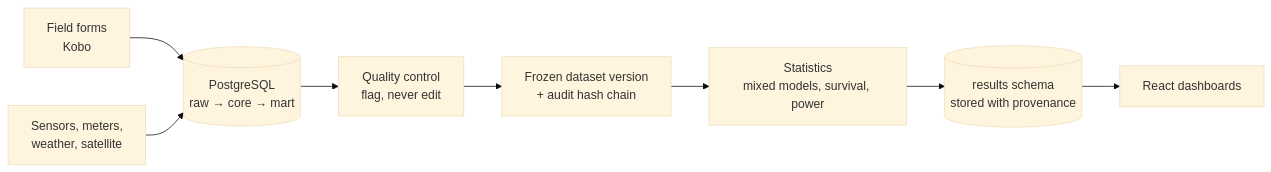
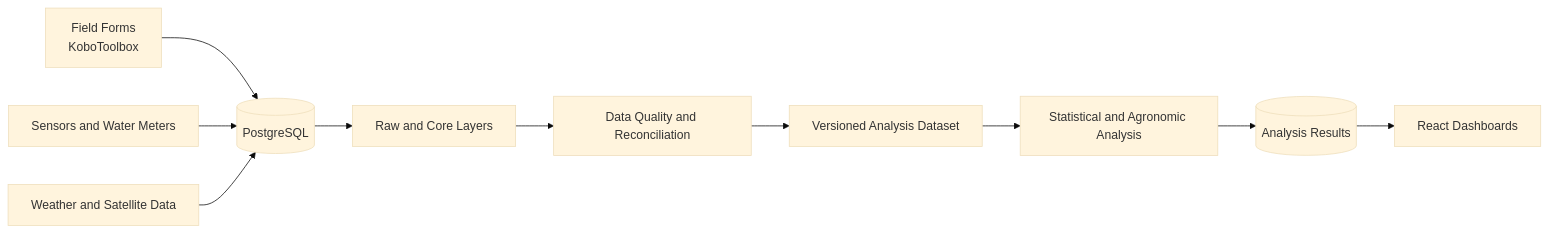
Before and after one commit to zgouyandeh/aridtrial_scientific_dashboard: the diagram in README.md, drawn with Mermaid (base theme). The commit also changed other lines of this file, not shown here.

````diff
--- a/README.md
+++ b/README.md
@@ -39,10 +77,17 @@
 ```mermaid
 flowchart LR
-  A[Field forms<br/>Kobo] --> B[(PostgreSQL<br/>raw → core → mart)]
-  S[Sensors, meters,<br/>weather, satellite] --> B
-  B --> C[Quality control<br/>flag, never edit]
-  C --> D[Frozen dataset version<br/>+ audit hash chain]
-  D --> E[Statistics<br/>mixed models, survival, power]
-  E --> F[(results schema<br/>stored with provenance)]
-  F --> G[React dashboards]
+    A[Field Forms<br/>KoboToolbox]
+    B[Sensors and Water Meters]
+    C[Weather and Satellite Data]
+
+    A --> D[(PostgreSQL)]
+    B --> D
+    C --> D
+
+    D --> E[Raw and Core Layers]
+    E --> F[Data Quality and Reconciliation]
+    F --> G[Versioned Analysis Dataset]
+    G --> H[Statistical and Agronomic Analysis]
+    H --> I[(Analysis Results)]
+    I --> J[React Dashboards]
 ```
````
